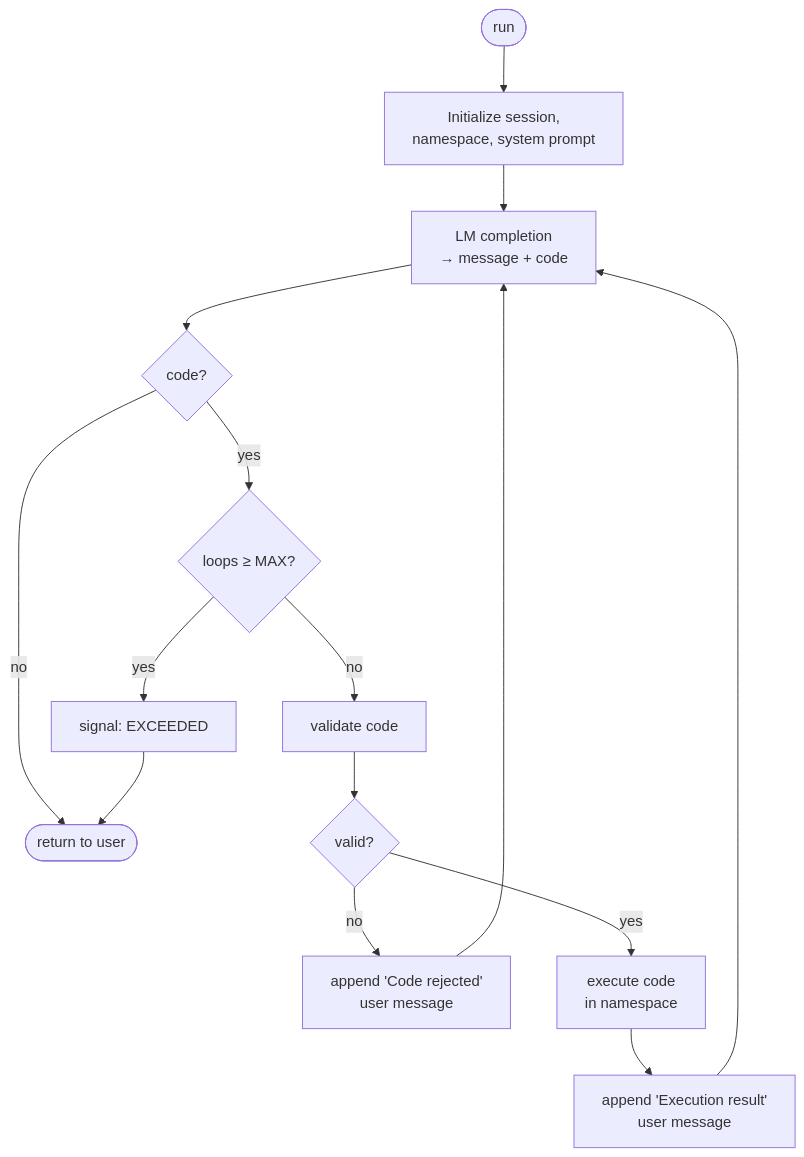
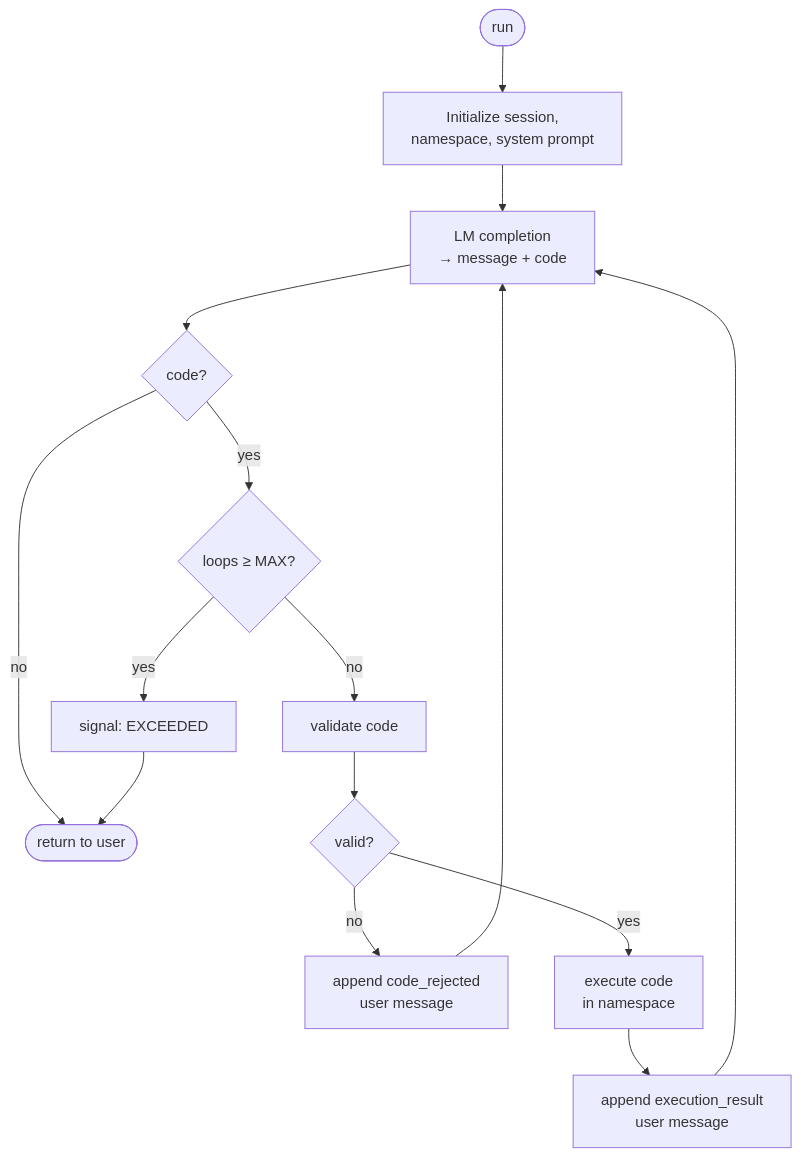
The diagram in README.md (nachollorca/llmalchemy), drawn with Mermaid before and after one commit. The commit also changed other lines of this file and 3 other files, not shown here.

````diff
--- a/README.md
+++ b/README.md
@@ -263,16 +263,16 @@
 ```mermaid
 flowchart TD
     Start([run]) --> Init[Initialize session,<br/>namespace, system prompt]
     Init --> Complete[LM completion<br/>→ message + code]
     Complete --> HasCode{code?}
     HasCode -- no --> End([return to user])
     HasCode -- yes --> MaxLoops{loops ≥ MAX?}
     MaxLoops -- yes --> Exceeded[signal: EXCEEDED] --> End
     MaxLoops -- no --> Validate[validate code]
     Validate --> Valid{valid?}
-    Valid -- no --> Reject[append 'Code rejected'<br/>user message]
+    Valid -- no --> Reject[append code_rejected<br/>user message]
     Reject --> Complete
     Valid -- yes --> Execute[execute code<br/>in namespace]
-    Execute --> Result[append 'Execution result'<br/>user message]
+    Execute --> Result[append execution_result<br/>user message]
     Result --> Complete
 ```
````
